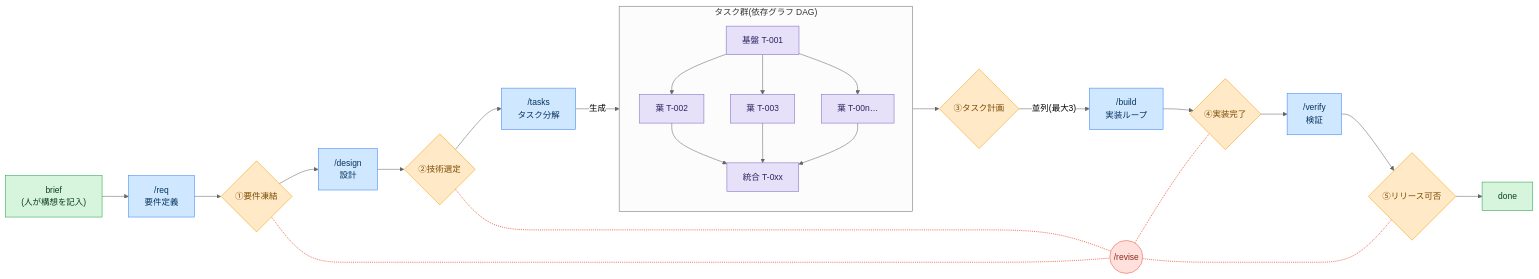
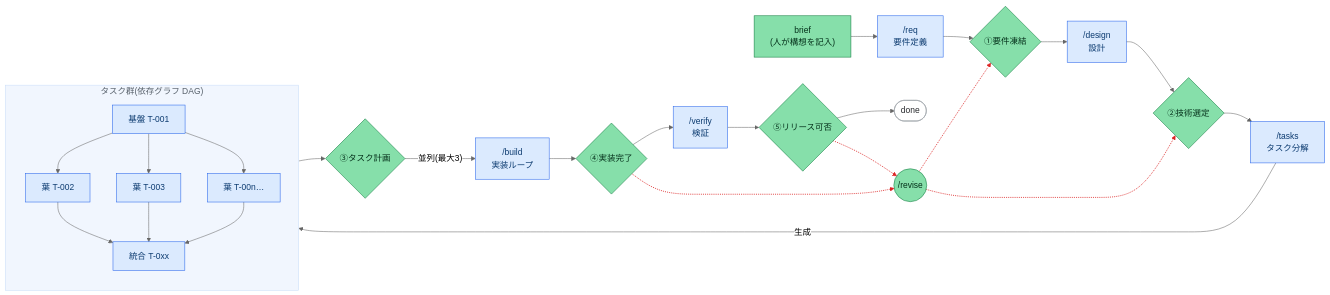
Before and after one commit to komoroko/loose-rein-kit: the diagram in README.ja.md, drawn with Mermaid (neutral theme). The commit also changed other lines of this file and 2 other files, not shown here.

````diff
--- a/README.ja.md
+++ b/README.ja.md
@@ -20,49 +15,48 @@
 ```mermaid
 flowchart LR
     brief["brief<br/>(人が構想を記入)"]:::human
     req["/req<br/>要件定義"]:::agent
-    g1{"①要件凍結"}:::gate
+    g1{"①要件凍結"}:::human
     design["/design<br/>設計"]:::agent
-    g2{"②技術選定"}:::gate
+    g2{"②技術選定"}:::human
     tasks["/tasks<br/>タスク分解"]:::agent
-    g3{"③タスク計画"}:::gate
+    g3{"③タスク計画"}:::human
     build["/build<br/>実装ループ"]:::agent
-    g4{"④実装完了"}:::gate
+    g4{"④実装完了"}:::human
     verify["/verify<br/>検証"]:::agent
-    g5{"⑤リリース可否"}:::gate
-    done["done"]:::human
+    g5{"⑤リリース可否"}:::human
+    done(["done"])
 
     subgraph TASKS["タスク群(依存グラフ DAG)"]
         direction TB
-        T1["基盤 T-001"]:::task
-        T2["葉 T-002"]:::task
-        T3["葉 T-003"]:::task
-        Tn["葉 T-00n…"]:::task
-        TI["統合 T-0xx"]:::task
+        T1["基盤 T-001"]:::agent
+        T2["葉 T-002"]:::agent
+        T3["葉 T-003"]:::agent
+        Tn["葉 T-00n…"]:::agent
+        TI["統合 T-0xx"]:::agent
         T1 --> T2
         T1 --> T3
         T1 --> Tn
         T2 --> TI
         T3 --> TI
         Tn --> TI
     end
 
     brief --> req --> g1 --> design --> g2 --> tasks
     tasks -->|生成| T1
     TI --> g3
     g3 -->|"並列(最大3)"| build
     build --> g4 --> verify --> g5 --> done
 
-    RV(("/revise")):::revise
-    g1 -.- RV
-    g2 -.- RV
-    RV -.- g4
-    RV -.- g5
+    RV(("/revise")):::human
+    g4 -.-> RV
+    g5 -.-> RV
+    RV -.-> g1
+    RV -.-> g2
 
-    classDef agent fill:#cfe8ff,stroke:#3b82f6,color:#06325e;
-    classDef gate fill:#ffe9c7,stroke:#f59e0b,color:#7a4a00;
-    classDef human fill:#d7f5dd,stroke:#22a04b,color:#0b3d1d;
-    classDef task fill:#e6e0f8,stroke:#7c6bbd,color:#2e2160;
-    classDef revise fill:#ffe0dc,stroke:#ee5544,color:#8a2b1e;
-    linkStyle 18,19,20,21 stroke:#ee5544,color:#ee5544,stroke-width:1.5px;
+    classDef agent fill:#dbeafe,stroke:#2563eb,color:#0b3a6f;
+    classDef human fill:#86dfaa,stroke:#0f7a3d,color:#04301a;
+    style TASKS fill:#f1f6fe,stroke:#c9ddf7,color:#57606a;
+    style done fill:#ffffff,stroke:#9aa0a6,color:#26282b;
+    linkStyle 18,19,20,21 stroke:#dc2626,color:#dc2626,stroke-width:1.5px;
 ```
````
